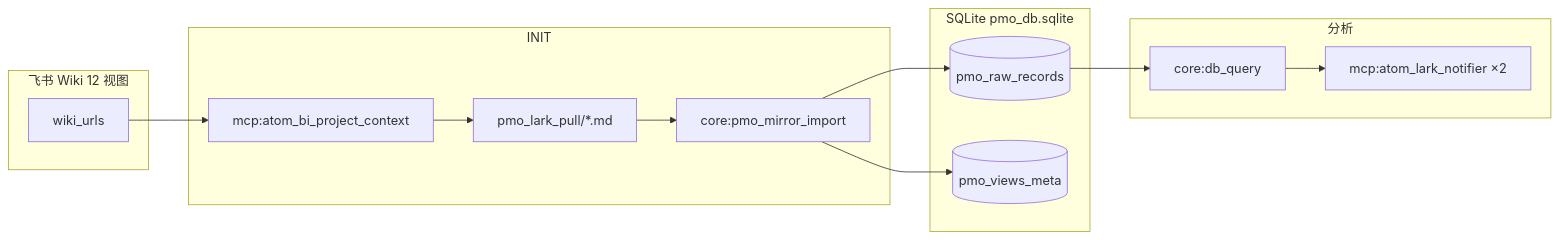
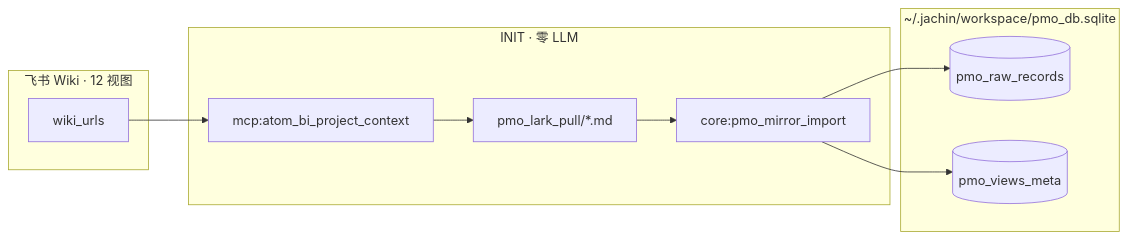
The first of 2 diagrams in docs/architecture/PMO_COPILOT_ARCHITECTURE.md (Samuel521199/jachin-system), drawn with Mermaid before and after one commit. The commit also changed other lines of this file and 22 other files, not shown here.

````diff
--- a/docs/architecture/PMO_COPILOT_ARCHITECTURE.md
+++ b/docs/architecture/PMO_COPILOT_ARCHITECTURE.md
@@ -44,23 +56,18 @@
 ```mermaid
 flowchart LR
-  subgraph feishu [飞书 Wiki 12 视图]
+  subgraph feishu [飞书 Wiki · 12 视图]
     W[wiki_urls]
   end
-  subgraph init [INIT]
+  subgraph init [INIT · 零 LLM]
     BI[mcp:atom_bi_project_context]
     Pull[pmo_lark_pull/*.md]
     MI[core:pmo_mirror_import]
   end
-  subgraph sqlite [SQLite pmo_db.sqlite]
+  subgraph sqlite [~/.jachin/workspace/pmo_db.sqlite]
     RAW[(pmo_raw_records)]
     META[(pmo_views_meta)]
-  end
-  subgraph analyze [分析]
-    DQ[core:db_query]
-    Notifier[mcp:atom_lark_notifier ×2]
   end
 
   W --> BI --> Pull --> MI --> RAW
   MI --> META
-  RAW --> DQ --> Notifier
 ```
````
